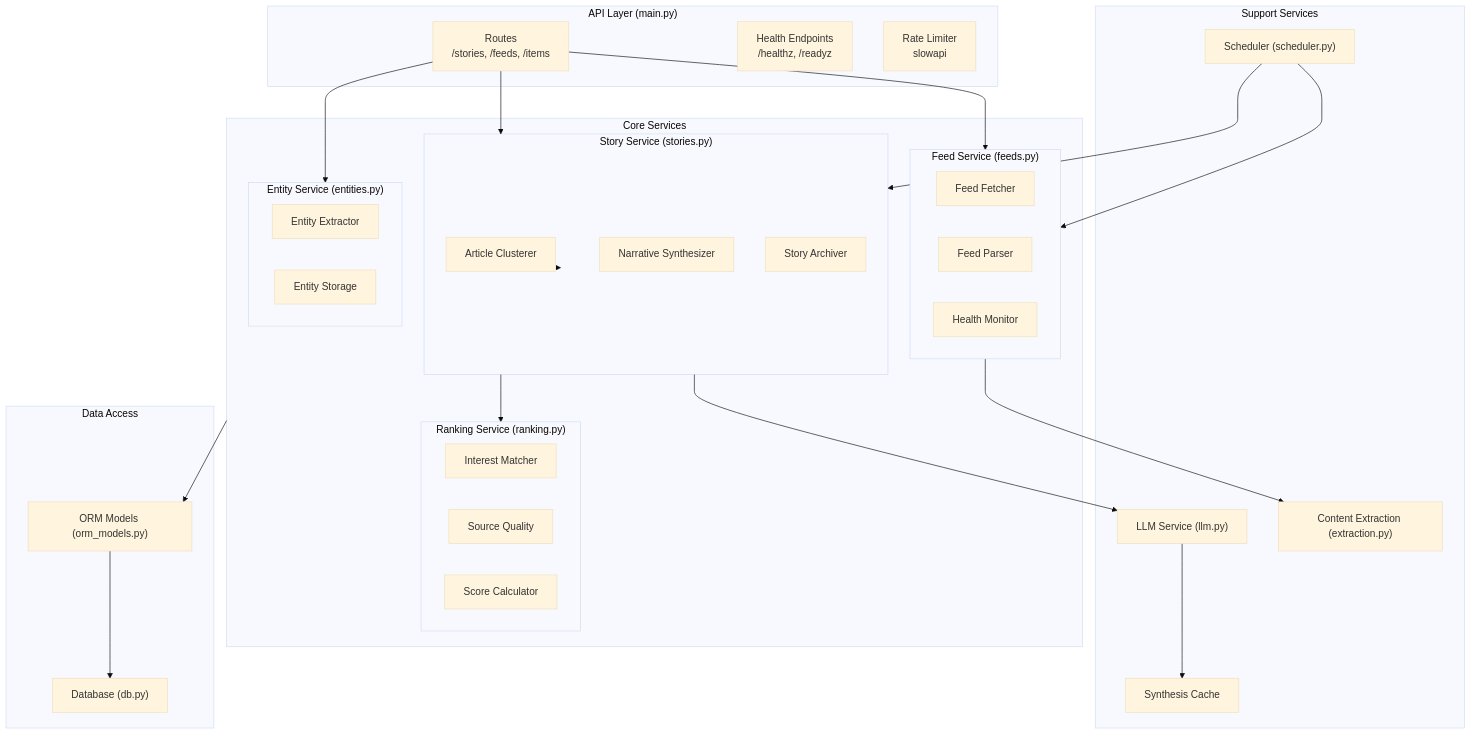
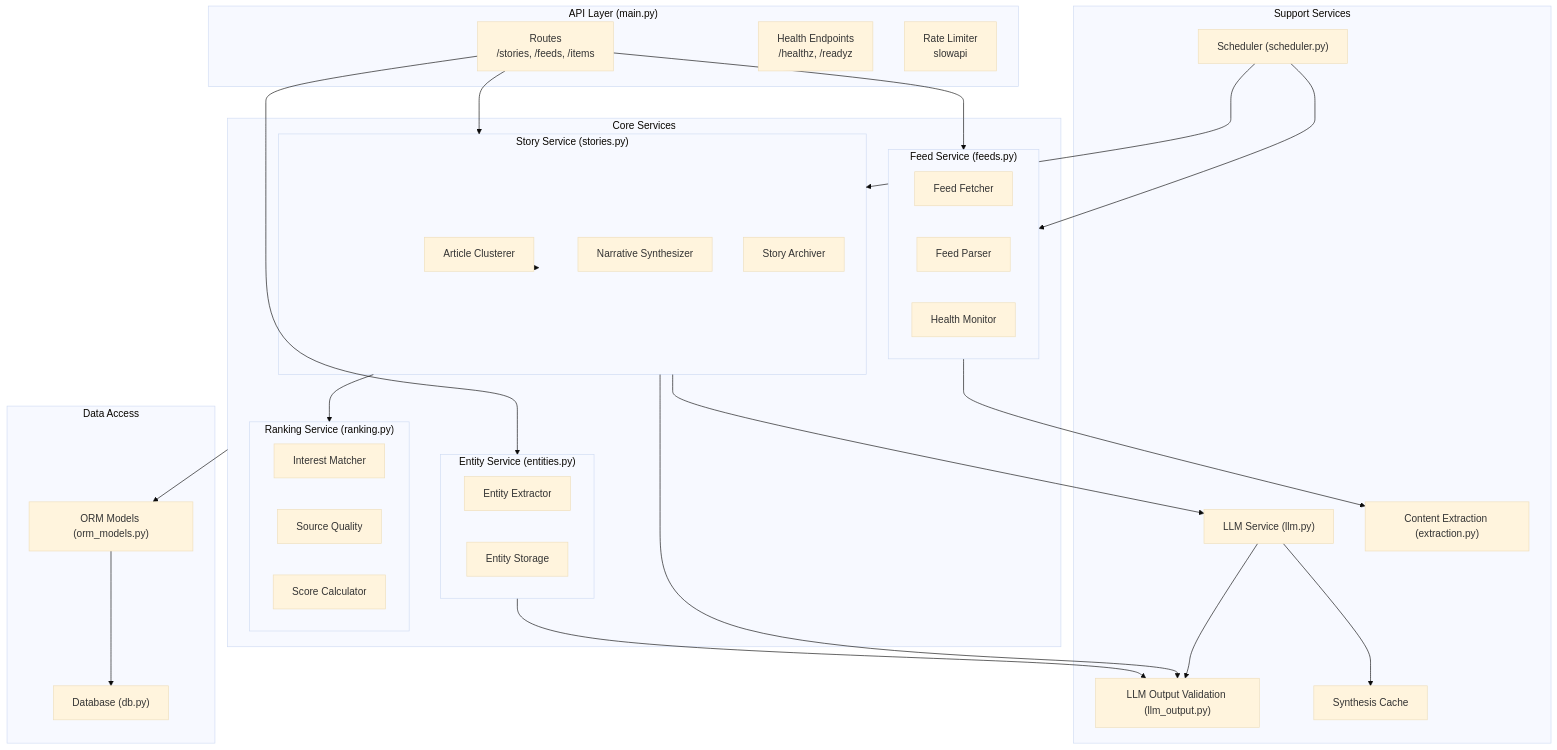
One commit to Deim0s13/newsbrief changed the fourth of 11 diagrams in docs/ARCHITECTURE.md. Above: the diagram before and after it, drawn with Mermaid (base theme). The commit also changed other lines of this file and 4 other files, not shown here.

````diff
--- a/docs/ARCHITECTURE.md
+++ b/docs/ARCHITECTURE.md
@@ -431,59 +431,63 @@
 ```mermaid
 flowchart TB
     subgraph API["API Layer (main.py)"]
         Routes["Routes<br/>/stories, /feeds, /items"]
         Health["Health Endpoints<br/>/healthz, /readyz"]
         RateLimit["Rate Limiter<br/>slowapi"]
     end
 
     subgraph Core["Core Services"]
         subgraph FeedSvc["Feed Service (feeds.py)"]
             FeedFetch["Feed Fetcher"]
             FeedParse["Feed Parser"]
             FeedHealth["Health Monitor"]
         end
 
         subgraph StorySvc["Story Service (stories.py)"]
             Cluster["Article Clusterer"]
             Synth["Narrative Synthesizer"]
             Archive["Story Archiver"]
         end
 
         subgraph EntitySvc["Entity Service (entities.py)"]
             NER["Entity Extractor"]
             EntityStore["Entity Storage"]
         end
 
         subgraph RankSvc["Ranking Service (ranking.py)"]
             Interest["Interest Matcher"]
             SourceQual["Source Quality"]
             ScoreCalc["Score Calculator"]
         end
     end
 
     subgraph Support["Support Services"]
         LLMSvc["LLM Service (llm.py)"]
+        LLMOutput["LLM Output Validation (llm_output.py)"]
         ExtractSvc["Content Extraction (extraction.py)"]
         CacheSvc["Synthesis Cache"]
         SchedSvc["Scheduler (scheduler.py)"]
     end
 
     subgraph Data["Data Access"]
         ORM["ORM Models (orm_models.py)"]
         DB["Database (db.py)"]
     end
 
     Routes --> StorySvc
     Routes --> FeedSvc
     Routes --> EntitySvc
     StorySvc --> LLMSvc
+    StorySvc --> LLMOutput
     StorySvc --> Cluster
     StorySvc --> RankSvc
+    EntitySvc --> LLMOutput
     FeedSvc --> ExtractSvc
     LLMSvc --> CacheSvc
+    LLMSvc --> LLMOutput
     SchedSvc --> FeedSvc
     SchedSvc --> StorySvc
 
     Core --> ORM
     ORM --> DB
 ```
````
